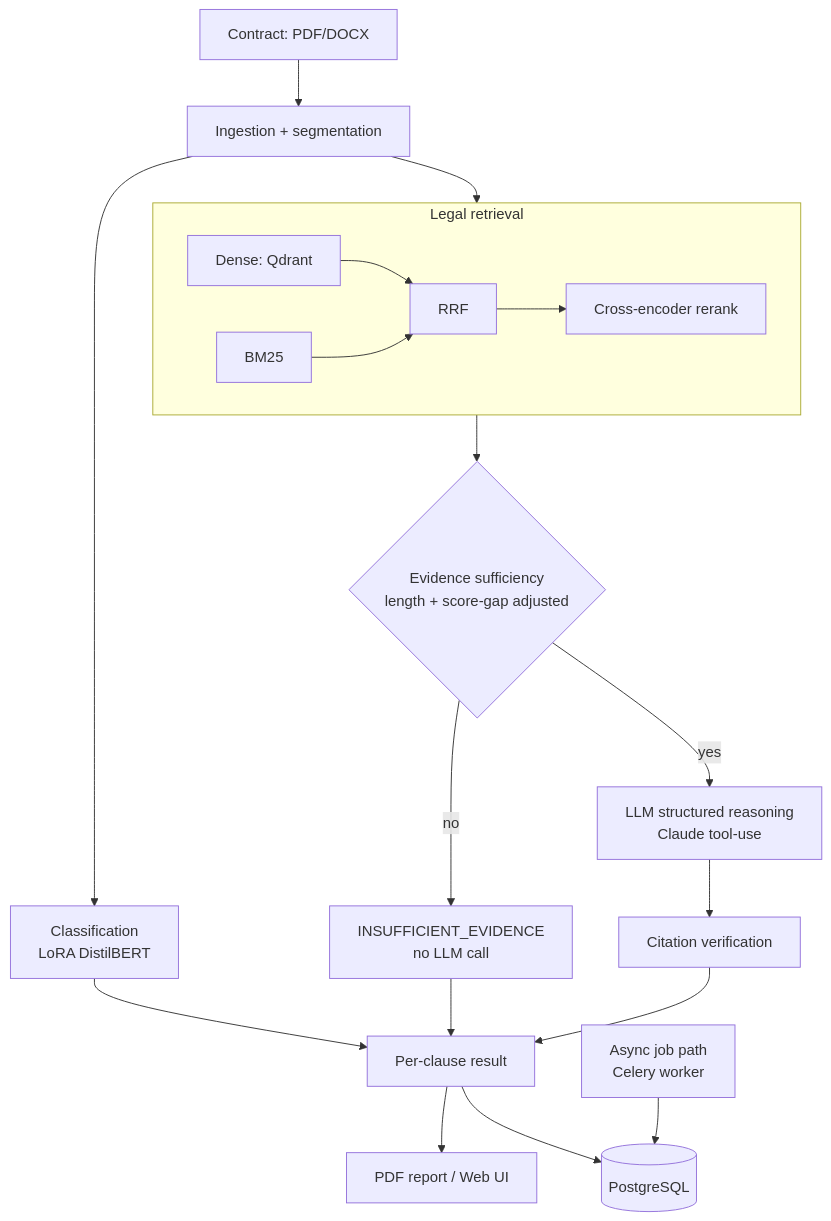
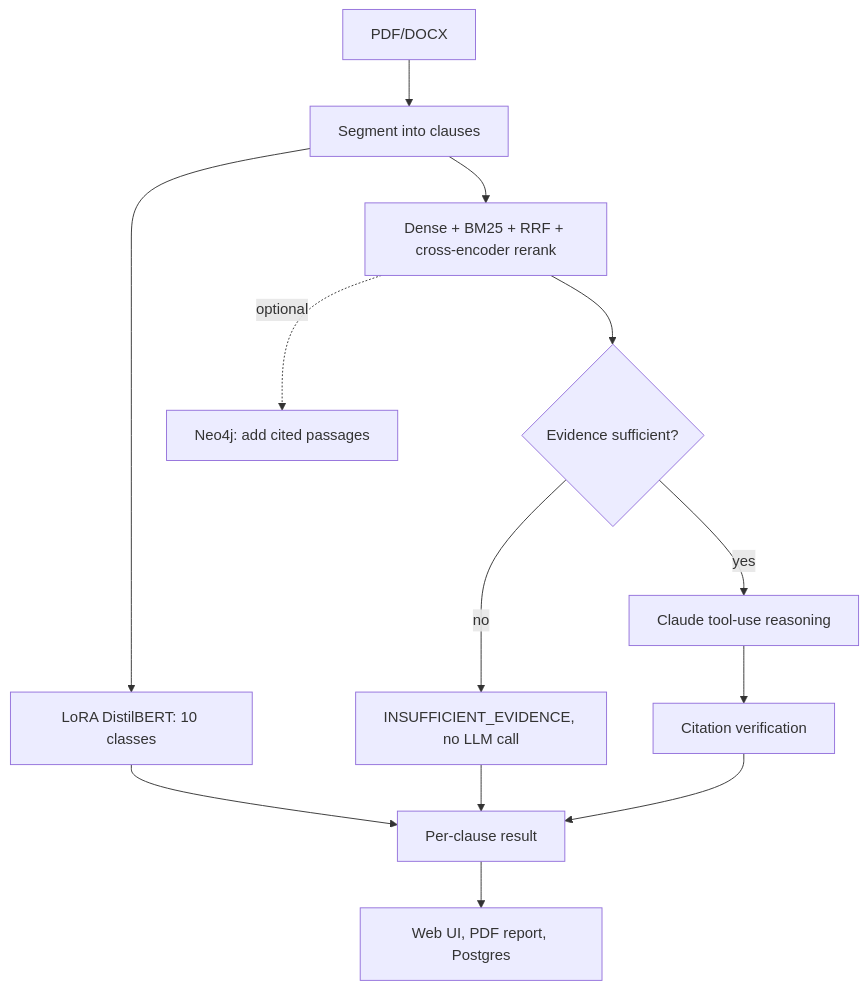
One commit to nithya-prakash/ClauseGuard changed the diagram in README.md. Above: the diagram before and after it, drawn with Mermaid. The commit also changed other lines of this file, not shown here.

````diff
--- a/README.md
+++ b/README.md
@@ -31,21 +51,15 @@
 ```mermaid
 flowchart TD
-    A[Contract: PDF/DOCX] --> B[Ingestion + segmentation]
-    B --> C[Classification<br/>LoRA DistilBERT]
-    B --> D[Legal retrieval]
-    subgraph D[Legal retrieval]
-        D1[Dense: Qdrant] --> D3[RRF]
-        D2[BM25] --> D3
-        D3 --> D4[Cross-encoder rerank]
-    end
-    D --> E{Evidence sufficiency<br/>length + score-gap adjusted}
-    E -- no --> F[INSUFFICIENT_EVIDENCE<br/>no LLM call]
-    E -- yes --> G[LLM structured reasoning<br/>Claude tool-use]
+    A[PDF/DOCX] --> B[Segment into clauses]
+    B --> C[LoRA DistilBERT: 10 classes]
+    B --> D[Dense + BM25 + RRF + cross-encoder rerank]
+    D -.optional.-> N[Neo4j: add cited passages]
+    D --> E{Evidence sufficient?}
+    E -- no --> F[INSUFFICIENT_EVIDENCE, no LLM call]
+    E -- yes --> G[Claude tool-use reasoning]
     G --> H[Citation verification]
     C --> I[Per-clause result]
     F --> I
     H --> I
-    I --> J[PDF report / Web UI]
-    I --> K[(PostgreSQL)]
-    L[Async job path<br/>Celery worker] --> K
+    I --> J[Web UI, PDF report, Postgres]
 ```
````
